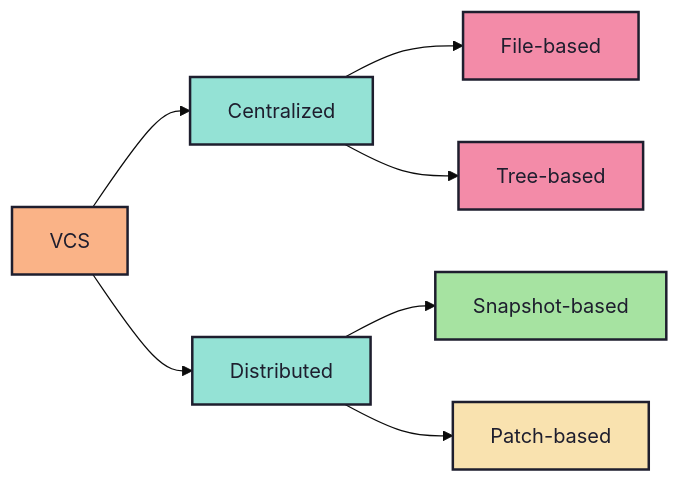
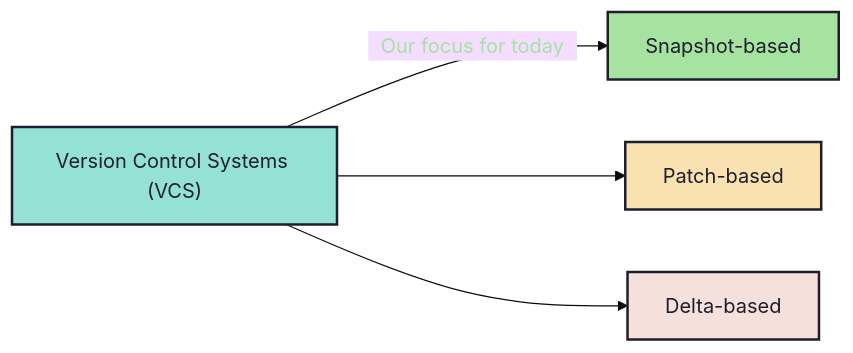
The diagram in src/chapters/1_2_c.md (gdg-on-campus-adtu/OE2025-001), drawn with Mermaid (base theme) before and after one commit. The commit also changed other lines of this file and 8 other files, not shown here.

````diff
--- a/src/chapters/1_2_c.md
+++ b/src/chapters/1_2_c.md
@@ -5,18 +9,11 @@
 ```mermaid +render
 flowchart LR
-  VCS --> Centralized
-  VCS --> Distributed
-  Distributed --> SNAPSHOT["Snapshot-based"]
-  Distributed --> PATCH["Patch-based"]
-  Centralized --> FILE["File-based"]
-  Centralized --> TREE["Tree-based"]
+  VCS["Version Control Systems (VCS)"] --> |<span style="padding:10px;color:#a6e3a1;">Our focus for today</span>| SNAPSHOT["Snapshot-based"]
+  VCS --> PATCH["Patch-based"]
+  VCS --> DELTA["Delta-based"]
 
-  style VCS fill:#fab387,stroke:#1e1e2e,stroke-width:2px,color:#1e1e2e
-  style Centralized fill:#94e2d5,stroke:#1e1e2e,stroke-width:2px,color:#1e1e2e
-  style Distributed fill:#94e2d5,stroke:#1e1e2e,stroke-width:2px,color:#1e1e2e
-
+  style VCS fill:#94e2d5,stroke:#1e1e2e,stroke-width:2px,color:#1e1e2e
   style SNAPSHOT fill:#a6e3a1,stroke:#1e1e2e,stroke-width:2px,color:#1e1e2e
   style PATCH fill:#f9e2af,stroke:#1e1e2e,stroke-width:2px,color:#1e1e2e
-  style FILE fill:#f38ba8,stroke:#1e1e2e,stroke-width:2px,color:#1e1e2e
-  style TREE fill:#f38ba8,stroke:#1e1e2e,stroke-width:2px,color:#1e1e2e
+  style DELTA fill:#f5e0dc,stroke:#1e1e2e,stroke-width:2px,color:#1e1e2e
 ```
````
